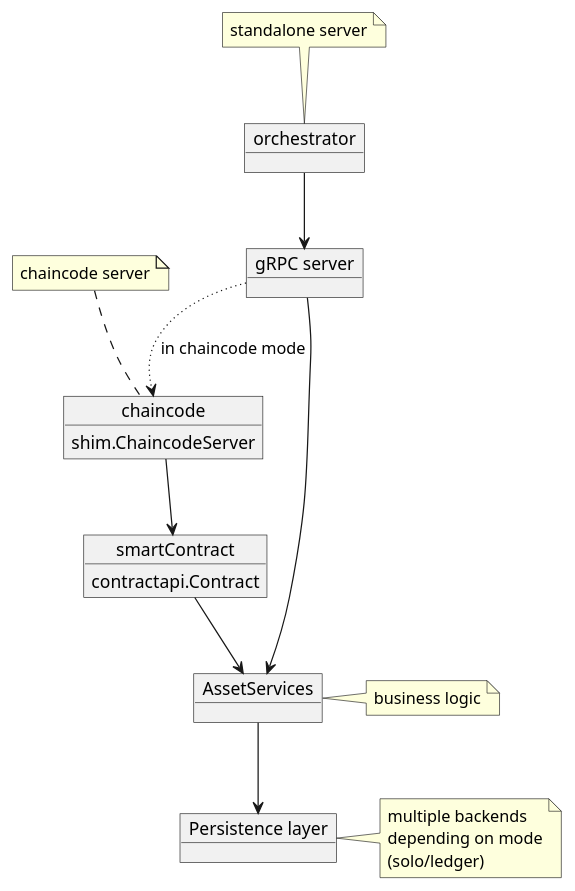
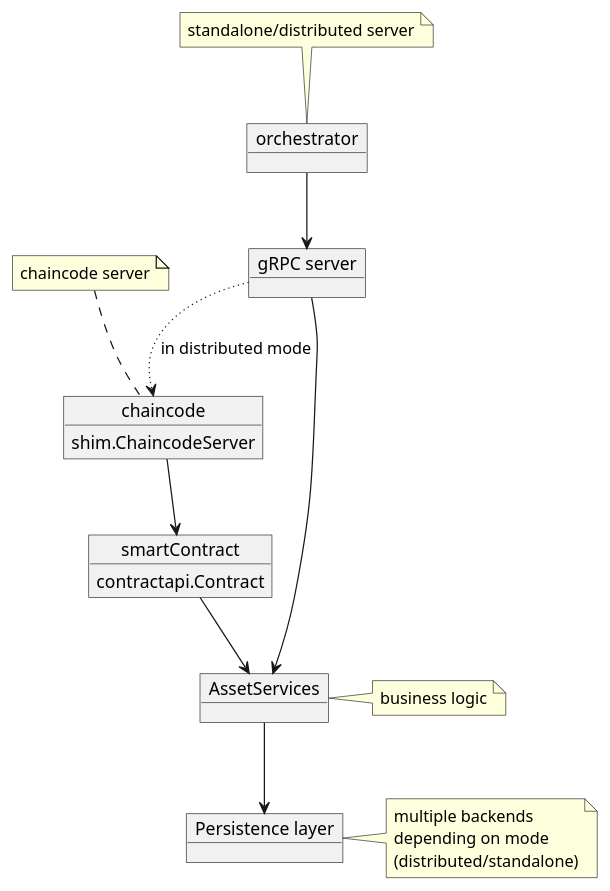
The diagram in docs/schemas/archi.plantuml (Substra/orchestrator), drawn with PlantUML before and after one commit. The commit also changed 29 other files, not shown here.

Commit message:
refactor: rename chaincode to distributed (#93)

```diff
--- a/docs/schemas/archi.plantuml
+++ b/docs/schemas/archi.plantuml
@@ -1,35 +1,35 @@
 @startuml
 object "orchestrator" as os
-Note top of os: standalone server
+Note top of os: standalone/distributed server
 
 
 object chaincode {
   shim.ChaincodeServer
 }
 note top of chaincode: chaincode server
 
 object "gRPC server" as grpc
 object "smartContract" as sc {
   contractapi.Contract
 }
 object "AssetServices" as services
 note right of services
 business logic
 end note
 
 object "Persistence layer" as db
 
 os --> grpc
 grpc --> services
-grpc -[dotted]-> chaincode: in chaincode mode
+grpc -[dotted]-> chaincode: in distributed mode
 chaincode --> sc
 sc --> services
 services --> db
 
 note right of db
 multiple backends
 depending on mode
-(solo/ledger)
+(distributed/standalone)
 end note
 
 @enduml
```
